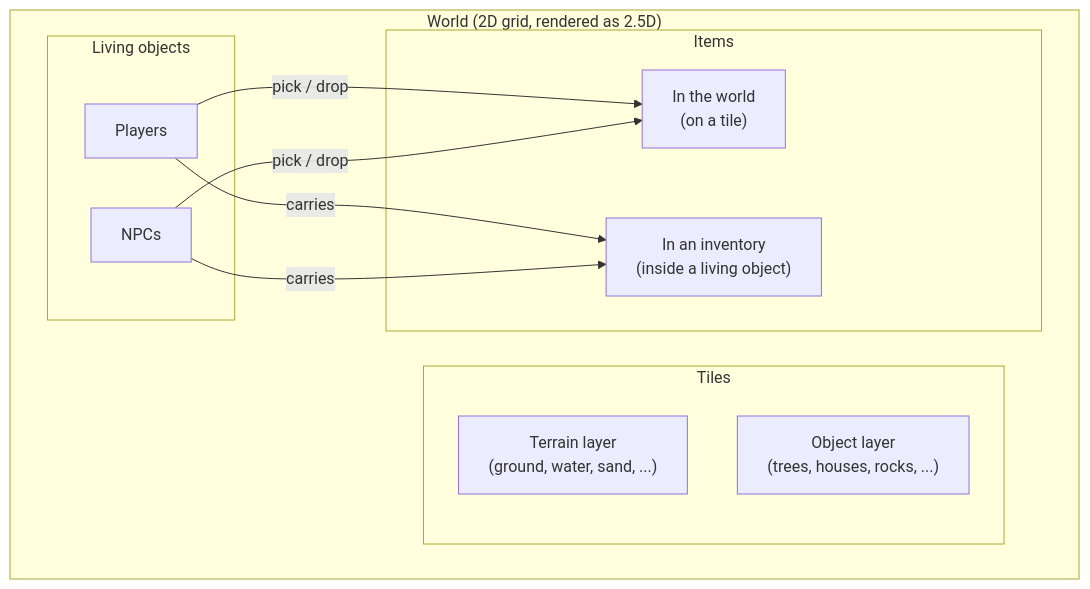
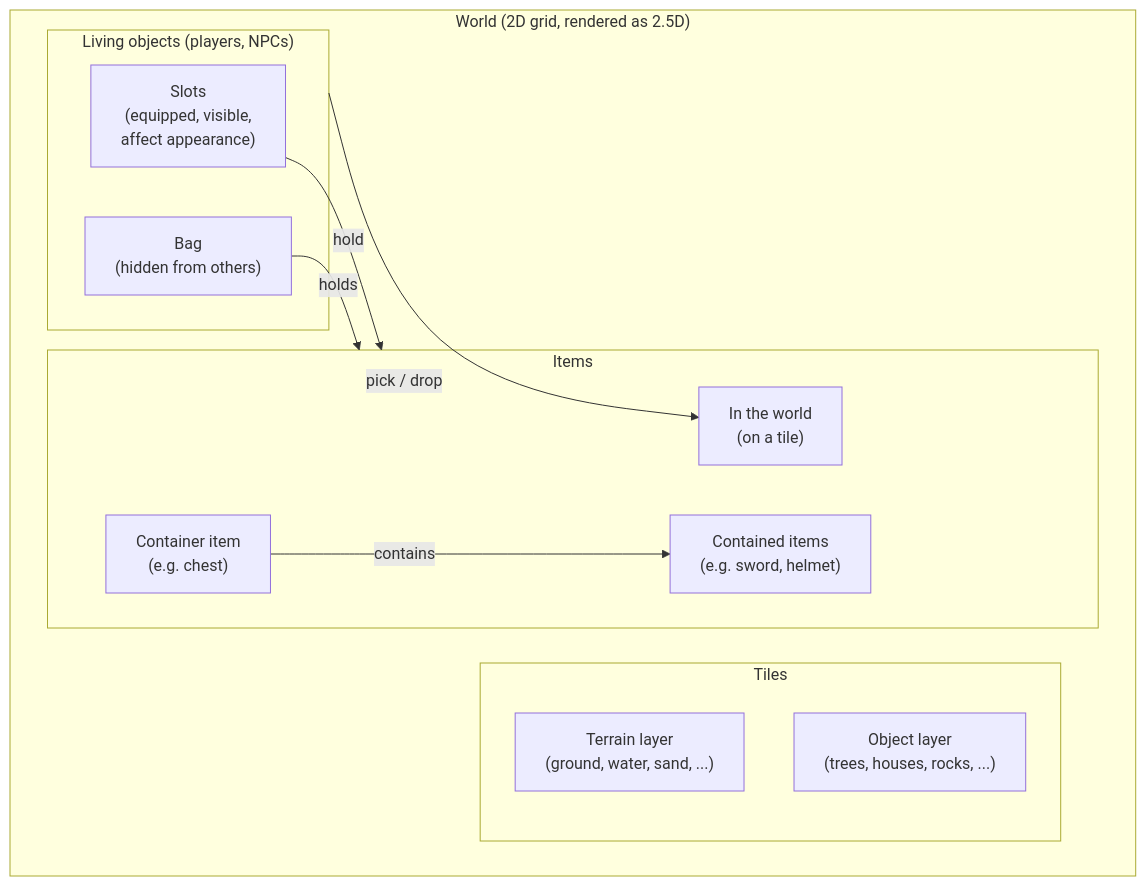
One commit to lpajunen/aiwebengine-examples changed the first of 5 diagrams in src/virtual-world/README.md. Above: the diagram before and after it, drawn with Mermaid. The commit also changed other lines of this file, not shown here.

First line of the commit message:
Describe containers, slots/bag, persistence tiers, and timed actions in README

````diff
--- a/src/virtual-world/README.md
+++ b/src/virtual-world/README.md
@@ -40,21 +48,22 @@
 ```mermaid
 flowchart TB
     subgraph World["World (2D grid, rendered as 2.5D)"]
         subgraph Tile["Tiles"]
             Terrain["Terrain layer<br/>(ground, water, sand, ...)"]
             Object["Object layer<br/>(trees, houses, rocks, ...)"]
         end
-        subgraph Living["Living objects"]
-            Player["Players"]
-            NPC["NPCs"]
+        subgraph Living["Living objects (players, NPCs)"]
+            Slots["Slots<br/>(equipped, visible,<br/>affect appearance)"]
+            Bag["Bag<br/>(hidden from others)"]
         end
         subgraph Items["Items"]
             WorldItem["In the world<br/>(on a tile)"]
-            CarriedItem["In an inventory<br/>(inside a living object)"]
+            Container["Container item<br/>(e.g. chest)"]
+            Contained["Contained items<br/>(e.g. sword, helmet)"]
         end
     end
-    Player -- carries --> CarriedItem
-    NPC -- carries --> CarriedItem
-    Player -- "pick / drop" --> WorldItem
-    NPC -- "pick / drop" --> WorldItem
+    Living -- "pick / drop" --> WorldItem
+    Slots -- hold --> Items
+    Bag -- holds --> Items
+    Container -- contains --> Contained
 ```
````
